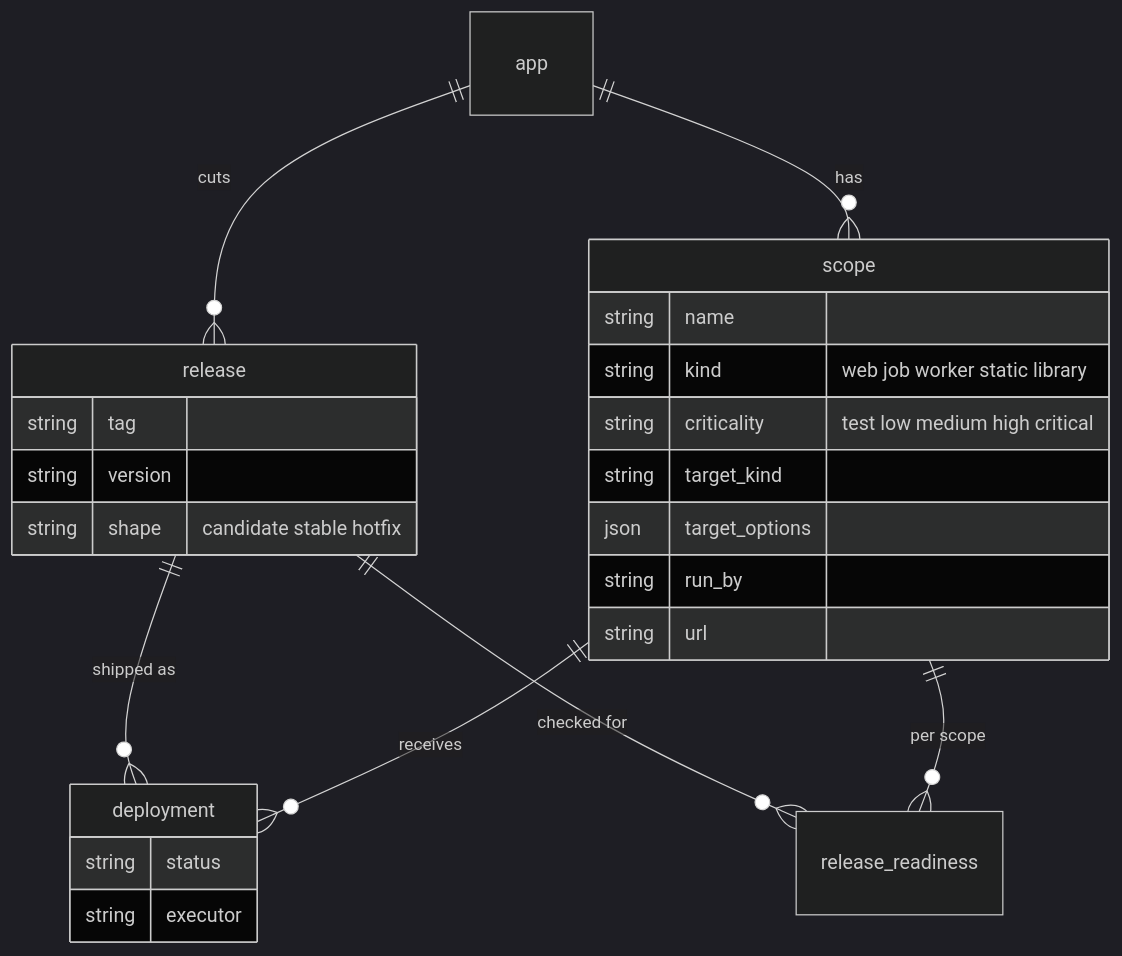
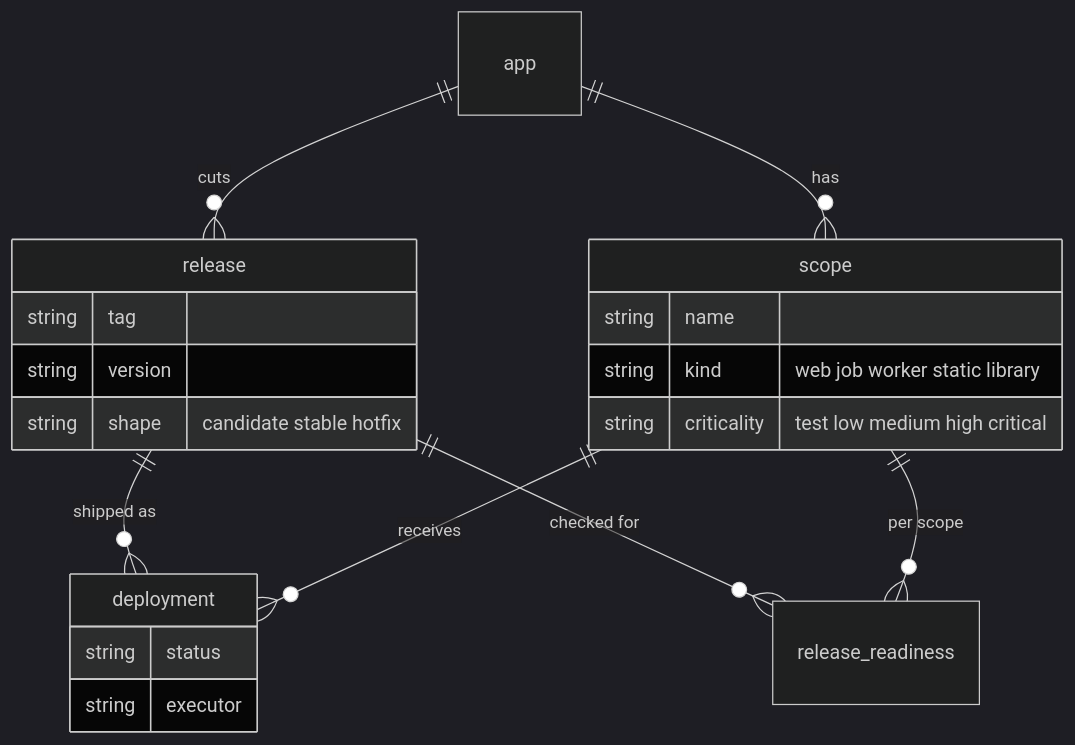
Before and after one commit to actionplatform/action-platform: the fourth of 5 diagrams in docs/concept_scopes.md, drawn with Mermaid (dark theme). The commit also changed other lines of this file and 36 other files, not shown here.

````diff
--- a/docs/concept_scopes.md
+++ b/docs/concept_scopes.md
@@ -165,27 +162,23 @@
 ```mermaid
 erDiagram
     app ||--o{ scope : "has"
     app ||--o{ release : "cuts"
     release ||--o{ deployment : "shipped as"
     scope ||--o{ deployment : "receives"
     release ||--o{ release_readiness : "checked for"
     scope ||--o{ release_readiness : "per scope"
     scope {
         string name
         string kind "web job worker static library"
         string criticality "test low medium high critical"
-        string target_kind
-        json target_options
-        string run_by
-        string url
     }
     release {
         string tag
         string version
         string shape "candidate stable hotfix"
     }
     deployment {
         string status
         string executor
     }
 ```
````
